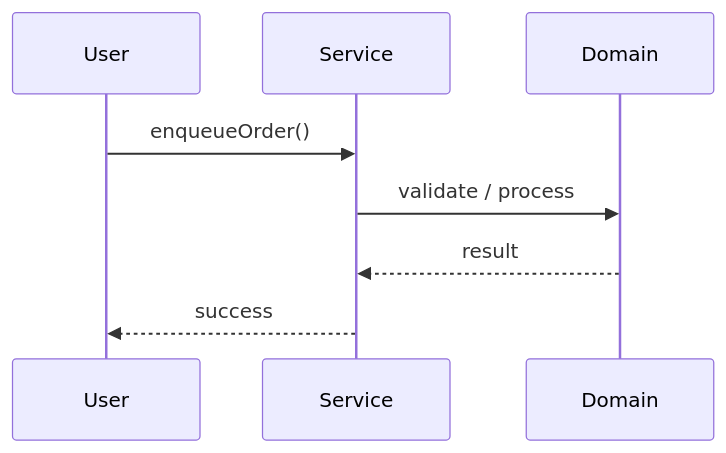
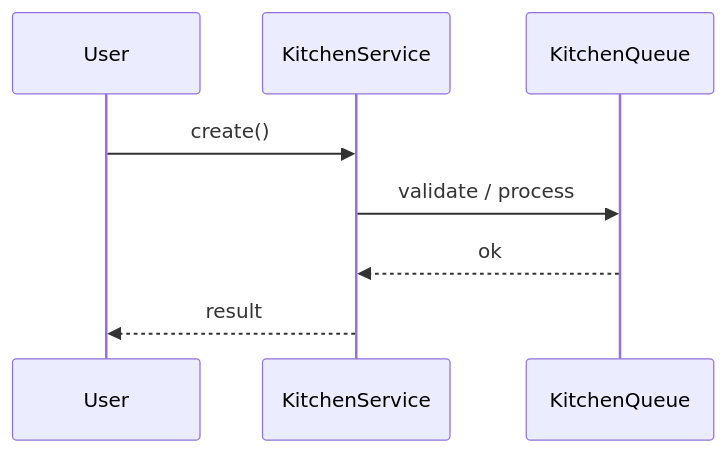
The second of 3 diagrams in Learn/System Design - Low Level Design/02-classic-ood/questions/Q52-kitchen-order-queue.md (madhupaila/Interview-Prep-SSE), drawn with Mermaid before and after one commit. The commit also changed other lines of this file and 491 other files, not shown here.

````diff
--- a/Learn/System Design - Low Level Design/02-classic-ood/questions/Q52-kitchen-order-queue.md
+++ b/Learn/System Design - Low Level Design/02-classic-ood/questions/Q52-kitchen-order-queue.md
@@ -121,10 +150,10 @@
 ```mermaid
 sequenceDiagram
-    participant U as User
-    participant S as Service
-    participant D as Domain
-    U->>S: enqueueOrder()
-    S->>D: validate / process
-    D-->>S: result
-    S-->>U: success
+participant U as User
+participant S as KitchenService
+participant D as KitchenQueue
+U->>S: create()
+S->>D: validate / process
+D-->>S: ok
+S-->>U: result
 ```
````
